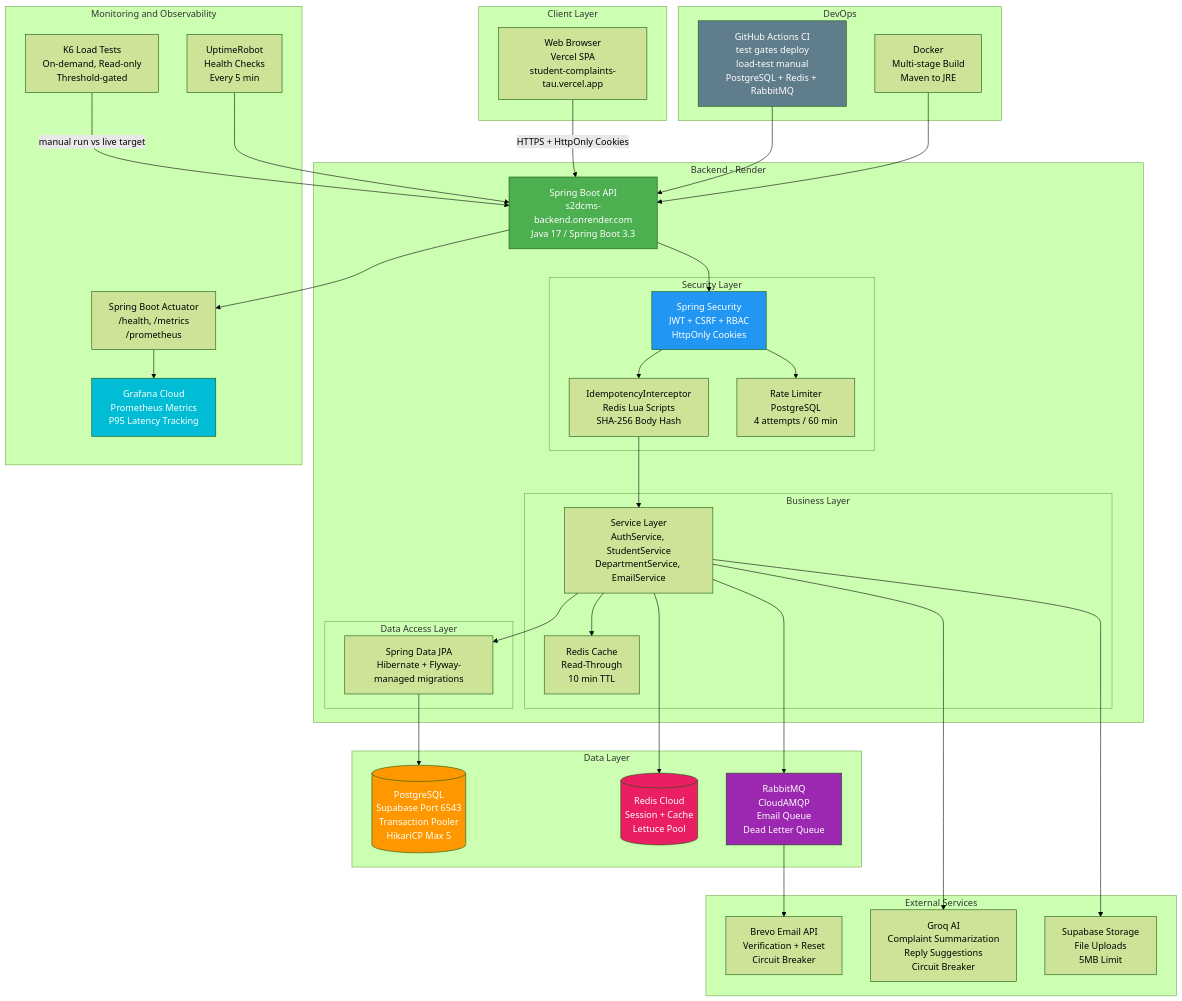
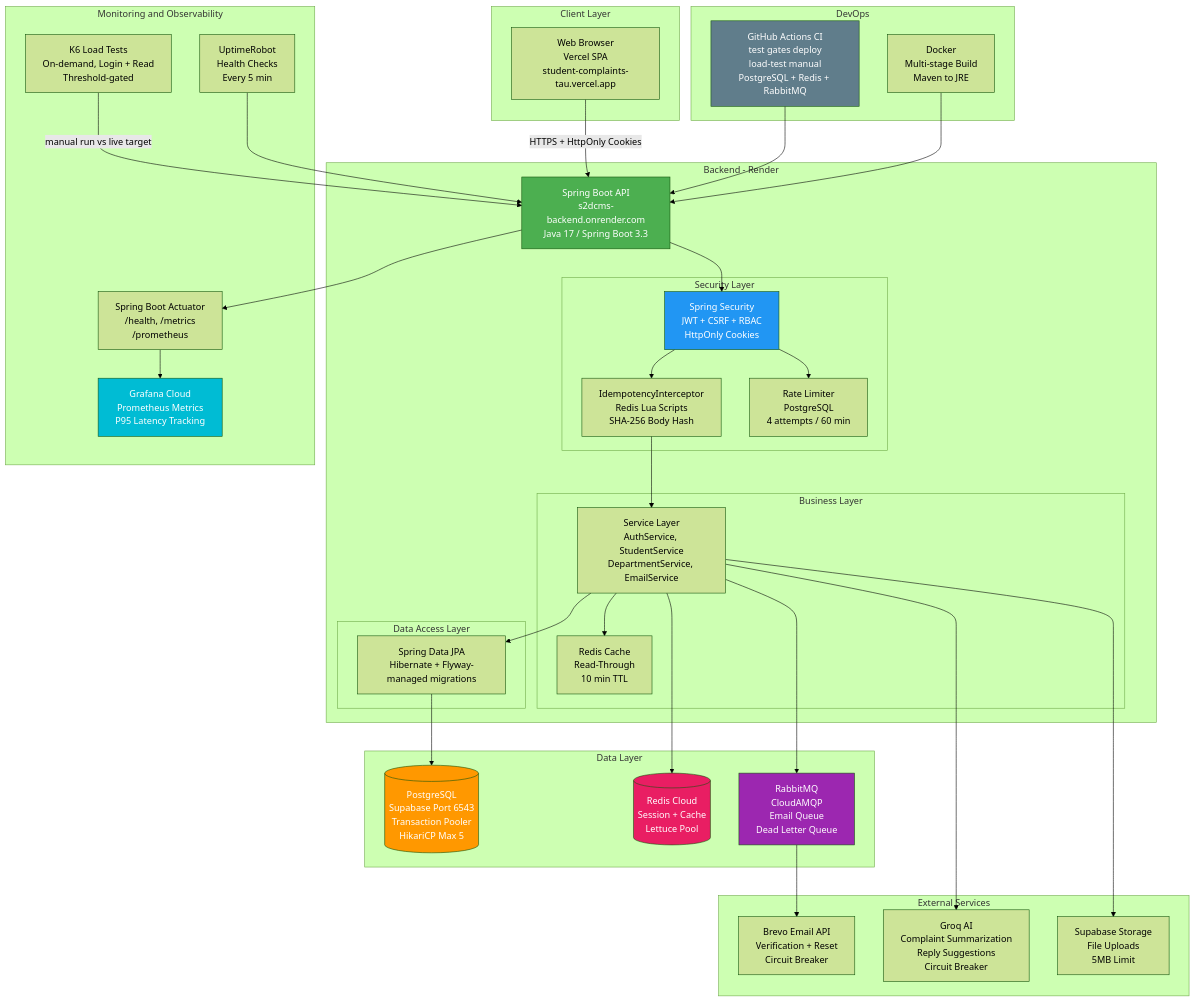
The first of 2 diagrams in README.md (emmanuel-40/s2dcms-backend), drawn with Mermaid (forest theme) before and after one commit. The commit also changed other lines of this file and 4 other files, not shown here.

Commit message:
docs: correct load-test to load-test-v2, remove read-only claims, update RUNBOOK with BCrypt finding

````diff
--- a/README.md
+++ b/README.md
@@ -32,77 +32,77 @@
 ```mermaid
 flowchart TB
     subgraph Client_Layer["Client Layer"]
         Client["Web Browser<br>Vercel SPA<br>student-complaints-tau.vercel.app"]
     end
 
     subgraph Backend["Backend - Render"]
         API["Spring Boot API<br>s2dcms-backend.onrender.com<br>Java 17 / Spring Boot 3.3"]
 
         subgraph Security_Layer["Security Layer"]
             Security["Spring Security<br>JWT + CSRF + RBAC<br>HttpOnly Cookies"]
             Idempotency["IdempotencyInterceptor<br>Redis Lua Scripts<br>SHA-256 Body Hash"]
             RateLimit["Rate Limiter<br>PostgreSQL<br>4 attempts / 60 min"]
         end
 
         subgraph Business_Layer["Business Layer"]
             Services["Service Layer<br>AuthService, StudentService<br>DepartmentService, EmailService"]
             Cache["Redis Cache<br>Read-Through<br>10 min TTL"]
         end
 
         subgraph Data_Access_Layer["Data Access Layer"]
             JPA["Spring Data JPA<br>Hibernate + Flyway-managed migrations"]
         end
     end
 
     subgraph Data_Layer["Data Layer"]
         DB[("PostgreSQL<br>Supabase Port 6543<br>Transaction Pooler<br>HikariCP Max 5")]
         Redis[("Redis Cloud<br>Session + Cache<br>Lettuce Pool")]
         Queue["RabbitMQ<br>CloudAMQP<br>Email Queue<br>Dead Letter Queue"]
     end
 
     subgraph External_Services["External Services"]
         Email["Brevo Email API<br>Verification + Reset<br>Circuit Breaker"]
         AI["Groq AI<br>Complaint Summarization<br>Reply Suggestions<br>Circuit Breaker"]
         Storage["Supabase Storage<br>File Uploads<br>5MB Limit"]
     end
 
     subgraph Monitoring["Monitoring and Observability"]
         Grafana["Grafana Cloud<br>Prometheus Metrics<br>P95 Latency Tracking"]
         Actuator["Spring Boot Actuator<br>/health, /metrics<br>/prometheus"]
-        K6["K6 Load Tests<br>On-demand, Read-only<br>Threshold-gated"]
+        K6["K6 Load Tests<br>On-demand, Login + Read<br>Threshold-gated"]
         Uptime["UptimeRobot<br>Health Checks<br>Every 5 min"]
     end
 
     subgraph DevOps["DevOps"]
         CI["GitHub Actions CI<br>test gates deploy<br>load-test manual<br>PostgreSQL + Redis + RabbitMQ"]
         Docker["Docker<br>Multi-stage Build<br>Maven to JRE"]
     end
 
     Client -->|"HTTPS + HttpOnly Cookies"| API
     API --> Security
     Security --> Idempotency
     Security --> RateLimit
     Idempotency --> Services
     Services --> Cache
     Services --> JPA
     JPA --> DB
     Services --> Redis
     Services --> Queue
     Queue --> Email
     Services --> AI
     Services --> Storage
     API --> Actuator
     Actuator --> Grafana
     K6 -->|"manual run vs live target"| API
     Uptime --> API
     CI --> API
     Docker --> API
 
     style API fill:#4CAF50,color:#fff
     style Security fill:#2196F3,color:#fff
     style DB fill:#FF9800,color:#fff
     style Redis fill:#E91E63,color:#fff
     style Queue fill:#9C27B0,color:#fff
     style Grafana fill:#00BCD4,color:#fff
     style CI fill:#607D8B,color:#fff
 ```
````
